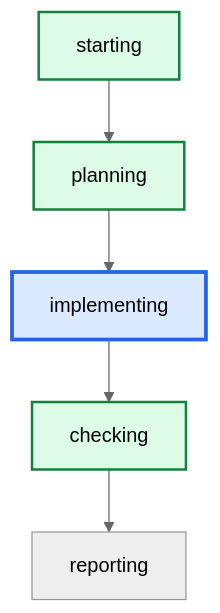
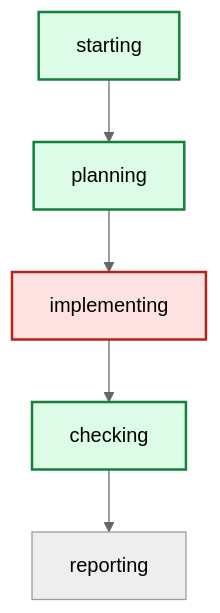
The diagram in runs/issue-suite-red-cleanup-r1/graph.mmd (daniell0gda/hermes-feature-check-dashboard), drawn with Mermaid (neutral theme) before and after one commit. The commit also changed 52 other files, not shown here.

```diff
--- a/runs/issue-suite-red-cleanup-r1/graph.mmd
+++ b/runs/issue-suite-red-cleanup-r1/graph.mmd
@@ -1,13 +1,13 @@
 graph TD
     starting --> planning
     planning --> implementing
     implementing --> checking
     checking --> reporting
 
 classDef done fill:#dcfce7,stroke:#15803d,stroke-width:2px;
 classDef active fill:#dbeafe,stroke:#2563eb,stroke-width:3px;
 classDef failed fill:#fee2e2,stroke:#b42318,stroke-width:2px;
-class implementing active;
+class implementing failed;
 class checking done;
 class starting done;
 class planning done;
```
